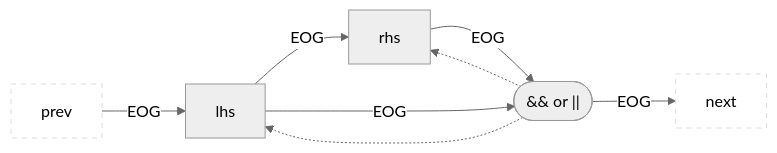
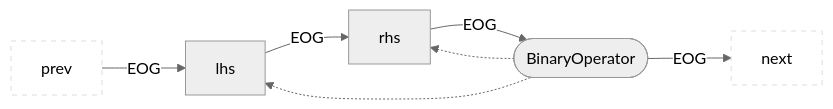
One commit to Fraunhofer-AISEC/cpg changed diagram 12 of 36 in cpg-core/specifications/eog.md. Above: the diagram before and after it, drawn with Mermaid (neutral theme). The commit also changed other lines of this file, not shown here.

````diff
--- a/cpg-core/specifications/eog.md
+++ b/cpg-core/specifications/eog.md
@@ -205,11 +245,10 @@
 ```mermaid
 flowchart LR
   classDef outer fill:#fff,stroke:#ddd,stroke-dasharray:5 5;
   prev:::outer --EOG--> lhs
   node --EOG--> next:::outer
-  node(["&& or ||"]) -.-> lhs
+  node([BinaryOperator]) -.-> lhs
   node -.-> rhs
   lhs --EOG--> rhs
-  lhs --EOG--> node
   rhs --EOG--> node
 ```
````
